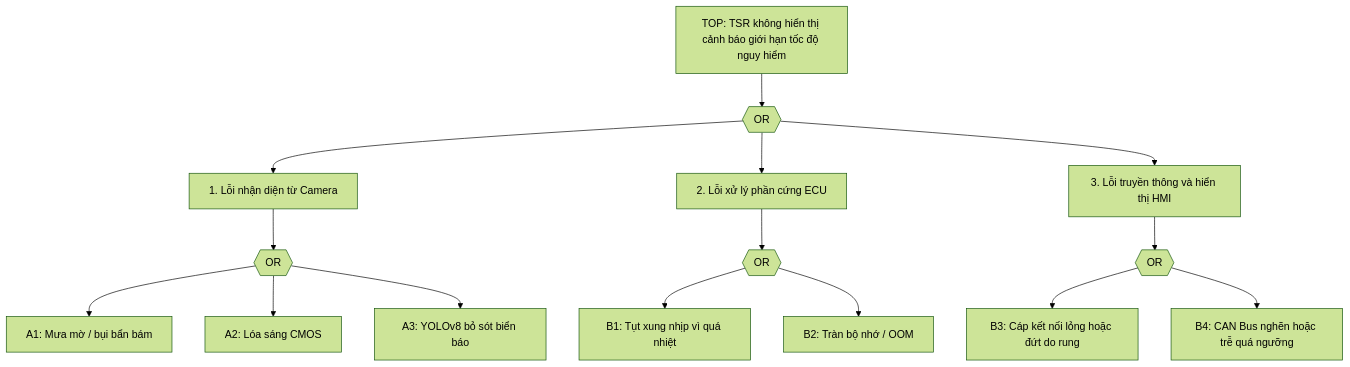
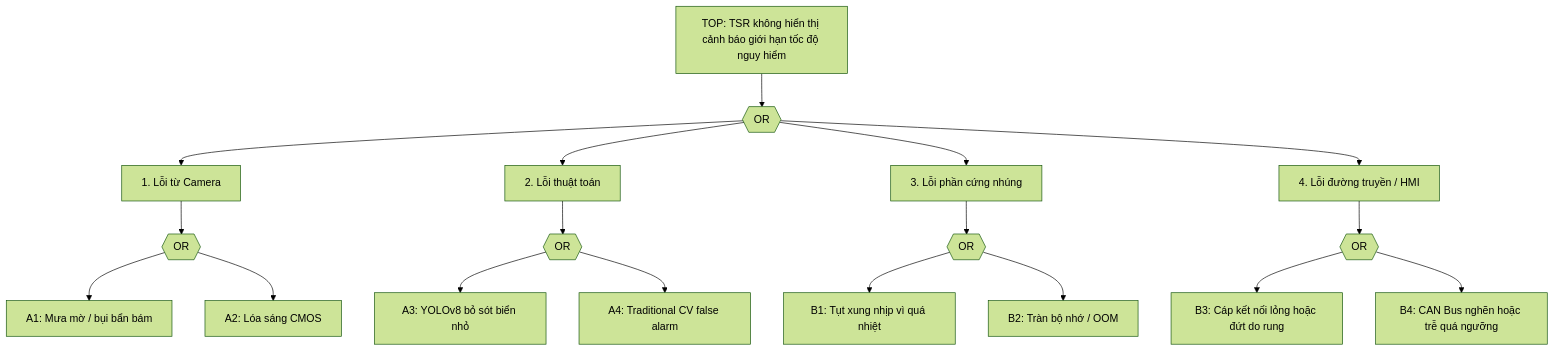
Before and after one commit to LeNguyenHaiDuong/adas-tsr: the diagram in research/2.knowledge_base/03.safety_analysis_hazop_fta.md, drawn with Mermaid (forest theme). The commit also changed other lines of this file and 15 other files, not shown here.

````diff
--- a/research/2.knowledge_base/03.safety_analysis_hazop_fta.md
+++ b/research/2.knowledge_base/03.safety_analysis_hazop_fta.md
@@ -38,26 +38,31 @@
 ```mermaid
 flowchart TD
     TOP["TOP: TSR không hiển thị cảnh báo giới hạn tốc độ nguy hiểm"]
     OR1{{"OR"}}
-    C1["1. Lỗi nhận diện từ Camera"]
-    C2["2. Lỗi xử lý phần cứng ECU"]
-    C3["3. Lỗi truyền thông và hiển thị HMI"]
+    C1["1. Lỗi từ Camera"]
+    C2["2. Lỗi thuật toán"]
+    C3["3. Lỗi phần cứng nhúng"]
+    C4["4. Lỗi đường truyền / HMI"]
 
     TOP --> OR1
     OR1 --> C1
     OR1 --> C2
     OR1 --> C3
+    OR1 --> C4
 
     C1 --> ORC1{{"OR"}}
     ORC1 --> A1["A1: Mưa mờ / bụi bẩn bám"]
     ORC1 --> A2["A2: Lóa sáng CMOS"]
-    ORC1 --> A3["A3: YOLOv8 bỏ sót biển báo"]
 
     C2 --> ORC2{{"OR"}}
-    ORC2 --> B1["B1: Tụt xung nhịp vì quá nhiệt"]
-    ORC2 --> B2["B2: Tràn bộ nhớ / OOM"]
+    ORC2 --> A3["A3: YOLOv8 bỏ sót biển nhỏ"]
+    ORC2 --> A4["A4: Traditional CV false alarm"]
 
     C3 --> ORC3{{"OR"}}
-    ORC3 --> B3["B3: Cáp kết nối lỏng hoặc đứt do rung"]
-    ORC3 --> B4["B4: CAN Bus nghẽn hoặc trễ quá ngưỡng"]
+    ORC3 --> B1["B1: Tụt xung nhịp vì quá nhiệt"]
+    ORC3 --> B2["B2: Tràn bộ nhớ / OOM"]
+
+    C4 --> ORC4{{"OR"}}
+    ORC4 --> B3["B3: Cáp kết nối lỏng hoặc đứt do rung"]
+    ORC4 --> B4["B4: CAN Bus nghẽn hoặc trễ quá ngưỡng"]
 ```
````
